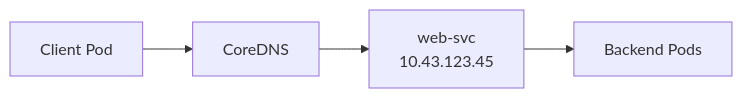
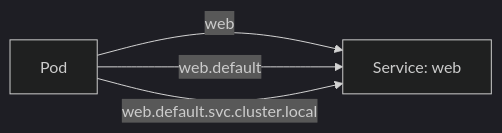
One commit to uzunenes/CKAD changed the second of 2 diagrams in labs/lab-04-services.md. Above: the diagram before and after it, drawn with Mermaid. The commit also changed other lines of this file and 15 other files, not shown here.

Commit message:
🌍 Complete English translation - All 17 labs translated with dark mermaid themes

````diff
--- a/labs/lab-04-services.md
+++ b/labs/lab-04-services.md
@@ -149,6 +116,7 @@
 ```mermaid
+%%{init: {'theme': 'dark'}}%%
 graph LR
-    POD[Client Pod] --> DNS[CoreDNS]
-    DNS --> SVC[web-svc<br/>10.43.123.45]
-    SVC --> PODS[Backend Pods]
+    POD[Pod] -->|"web"| SVC[Service: web]
+    POD -->|"web.default"| SVC
+    POD -->|"web.default.svc.cluster.local"| SVC
 ```
````
